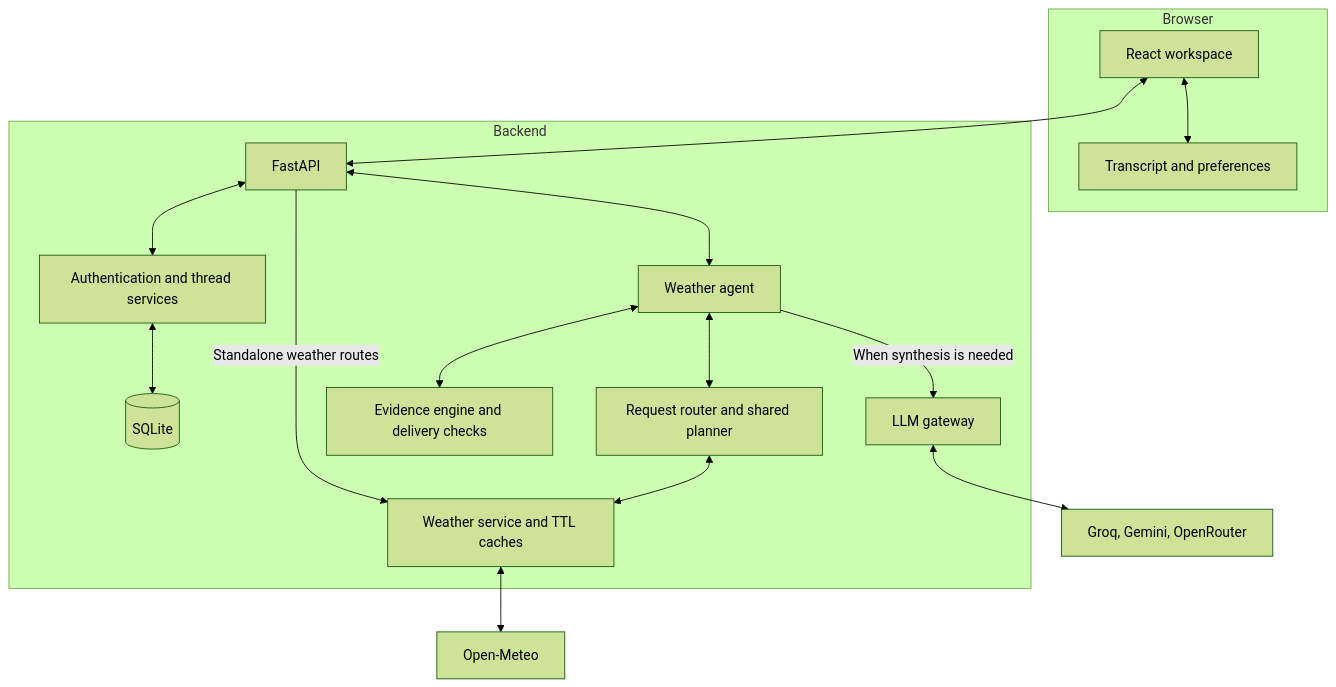
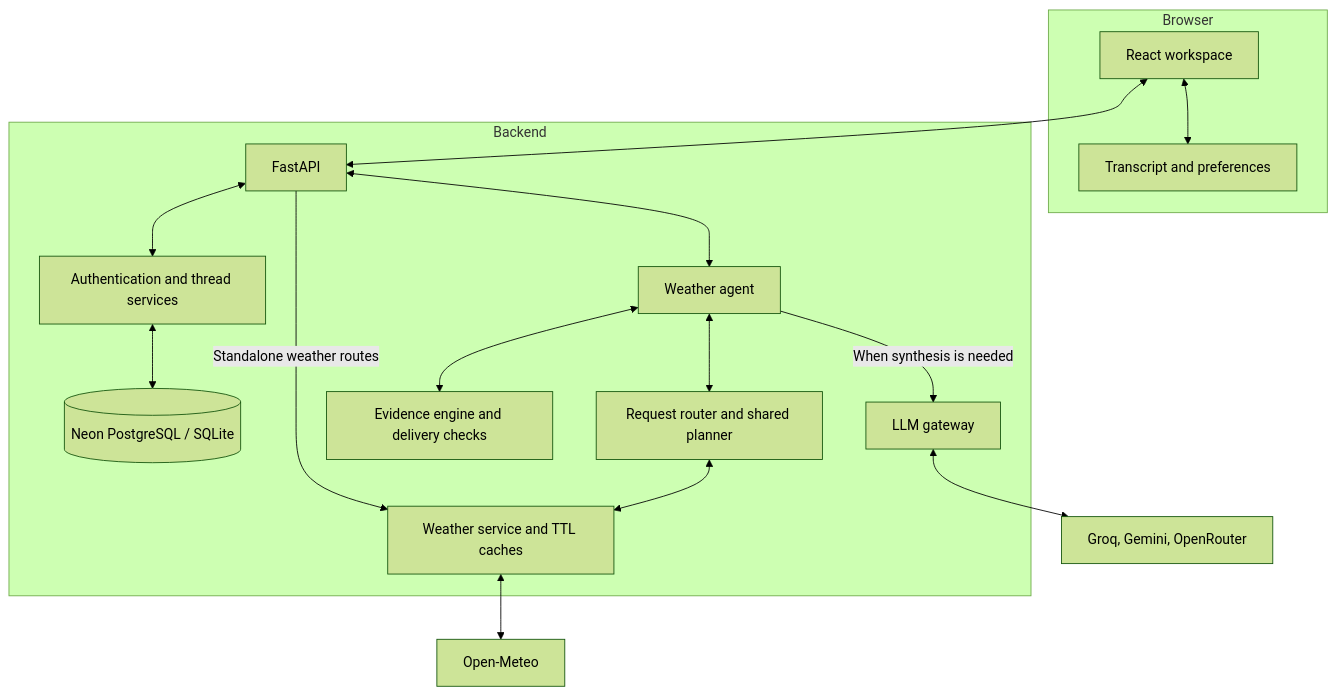
The first of 5 diagrams in README.md (TaruneshM/Sky-Reader), drawn with Mermaid (forest theme) before and after one commit. The commit also changed other lines of this file and 12 other files, not shown here.

````diff
--- a/README.md
+++ b/README.md
@@ -45,19 +47,19 @@
 ```mermaid
 flowchart TB
     subgraph Client["Browser"]
         UI["React workspace"] <--> Local["Transcript and preferences"]
     end
     UI <--> API["FastAPI"]
     subgraph Server["Backend"]
         API <--> Threads["Authentication and thread services"]
-        Threads <--> DB[("SQLite")]
+        Threads <--> DB[("Neon PostgreSQL / SQLite")]
         API <--> Agent["Weather agent"]
         Agent <--> Planner["Request router and shared planner"]
         Planner <--> Weather["Weather service and TTL caches"]
         API -->|"Standalone weather routes"| Weather
         Agent <--> Evidence["Evidence engine and delivery checks"]
         Agent -->|"When synthesis is needed"| Gateway["LLM gateway"]
     end
     Weather <--> OM["Open-Meteo"]
     Gateway <--> Providers["Groq, Gemini, OpenRouter"]
 ```
````
